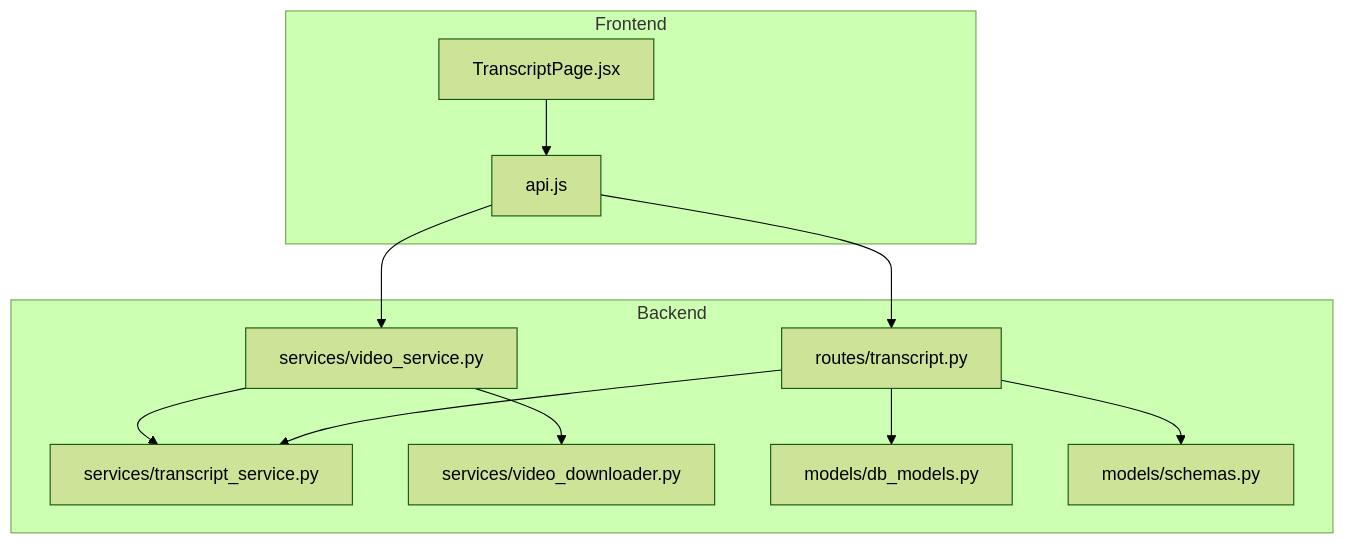
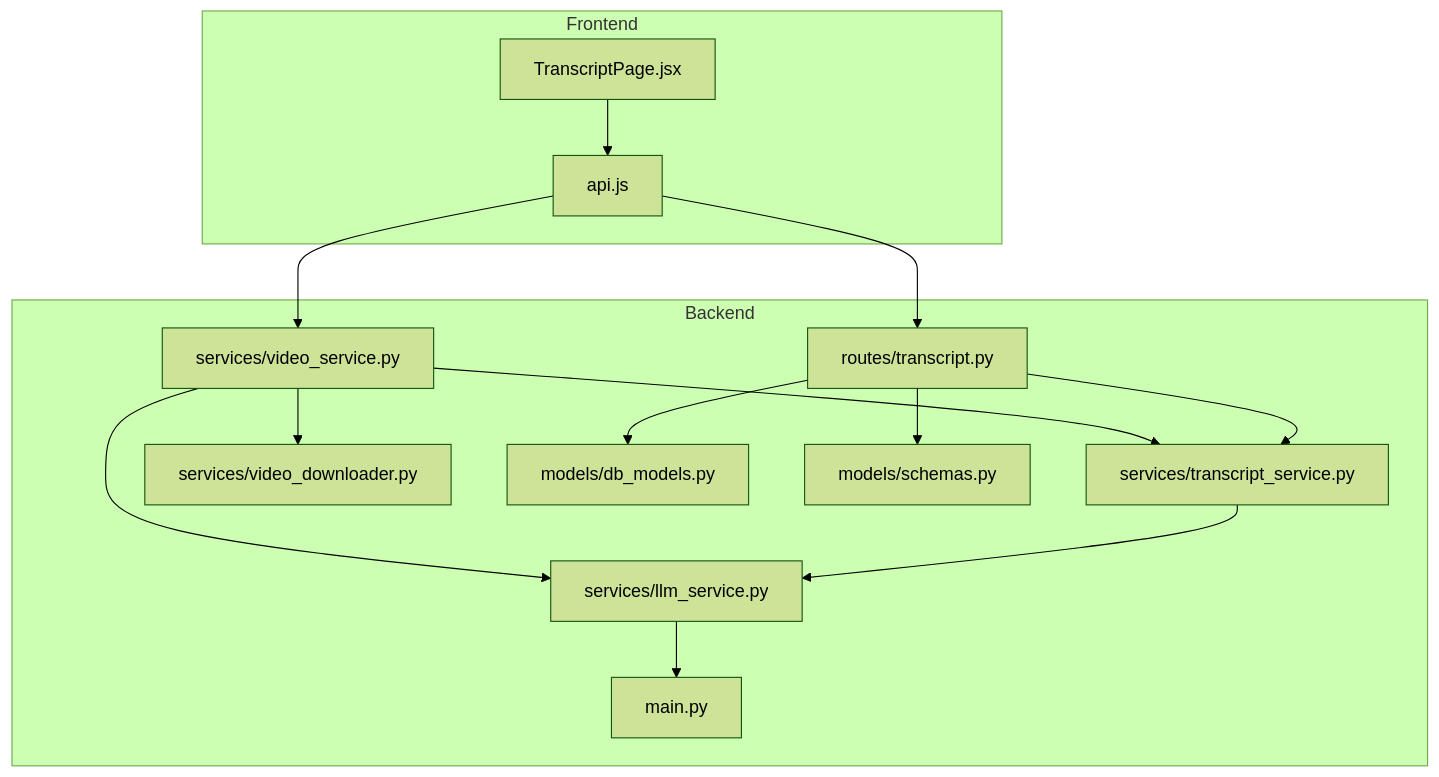
The first of 9 diagrams in .qoder/repowiki/en/content/Video Analysis/Transcript Generation.md (Revanththetalogics/aireume), drawn with Mermaid (forest theme) before and after one commit. The commit also changed other lines of this file and 6 other files, not shown here.

````diff
--- a/.qoder/repowiki/en/content/Video Analysis/Transcript Generation.md
+++ b/.qoder/repowiki/en/content/Video Analysis/Transcript Generation.md
@@ -47,23 +64,28 @@
 ```mermaid
 graph TB
 subgraph "Frontend"
 TP["TranscriptPage.jsx"]
 API["api.js"]
 end
 subgraph "Backend"
 TR["routes/transcript.py"]
 VS["services/video_service.py"]
 TS["services/transcript_service.py"]
 VD["services/video_downloader.py"]
 DB["models/db_models.py"]
 SCH["models/schemas.py"]
+LLM["services/llm_service.py"]
+MAIN["main.py"]
 end
 TP --> API
 API --> TR
 API --> VS
 TR --> TS
 TR --> DB
 TR --> SCH
 VS --> VD
 VS --> TS
+TS --> LLM
+VS --> LLM
+LLM --> MAIN
 ```
````
